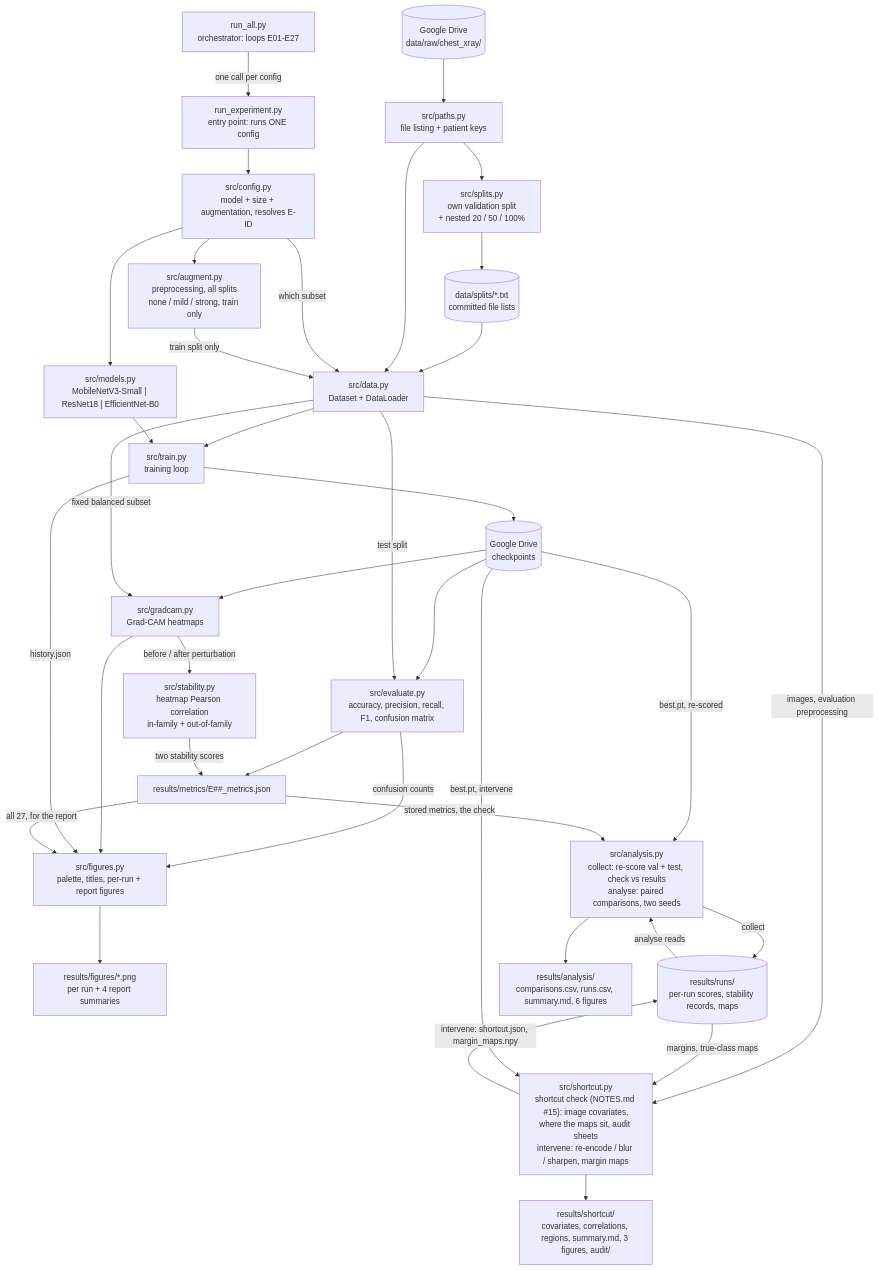
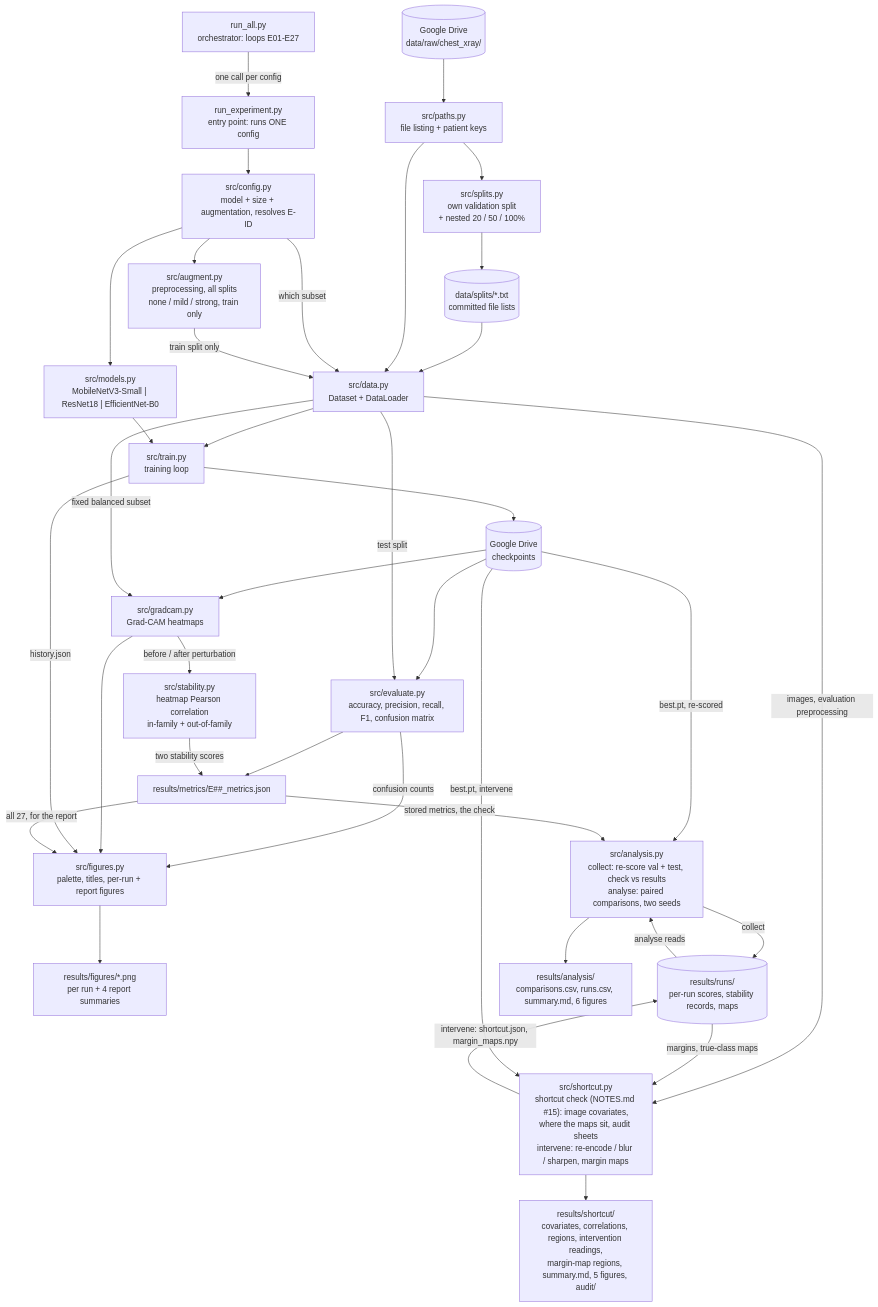
Before and after one commit to orbakish/limited-data-pneumonia-classification: the diagram in docs/architecture.md, drawn with Mermaid. The commit also changed other lines of this file and 14 other files, not shown here.

````diff
--- a/docs/architecture.md
+++ b/docs/architecture.md
@@ -14,75 +14,75 @@
 ```mermaid
 flowchart TD
     RA["run_all.py<br/>orchestrator: loops E01-E27"]
     RE["run_experiment.py<br/>entry point: runs ONE config"]
     CFG["src/config.py<br/>model + size + augmentation, resolves E-ID"]
 
     RA -->|"one call per config"| RE
     RE --> CFG
 
     RAW[("Google Drive<br/>data/raw/chest_xray/")]
     PTH["src/paths.py<br/>file listing + patient keys"]
     SPL["src/splits.py<br/>own validation split<br/>+ nested 20 / 50 / 100%"]
     LST[("data/splits/*.txt<br/>committed file lists")]
     DS["src/data.py<br/>Dataset + DataLoader"]
     AUG["src/augment.py<br/>preprocessing, all splits<br/>none / mild / strong, train only"]
 
     RAW --> PTH
     PTH --> SPL
     SPL --> LST
     LST --> DS
     PTH --> DS
     CFG -->|"which subset"| DS
     AUG -->|"train split only"| DS
     CFG --> AUG
 
     MOD["src/models.py<br/>MobileNetV3-Small | ResNet18 | EfficientNet-B0"]
     TR["src/train.py<br/>training loop"]
     CKPT[("Google Drive<br/>checkpoints")]
 
     CFG --> MOD
     DS --> TR
     MOD --> TR
     TR --> CKPT
 
     EV["src/evaluate.py<br/>accuracy, precision, recall, F1, confusion matrix"]
     GC["src/gradcam.py<br/>Grad-CAM heatmaps"]
     ST["src/stability.py<br/>heatmap Pearson correlation<br/>in-family + out-of-family"]
 
     CKPT --> EV
     CKPT --> GC
     DS -->|"test split"| EV
     DS -->|"fixed balanced subset"| GC
     GC -->|"before / after perturbation"| ST
 
     FG["src/figures.py<br/>palette, titles, per-run + report figures"]
     MET["results/metrics/E##_metrics.json"]
     FIG["results/figures/*.png<br/>per run + 4 report summaries"]
 
     EV --> MET
     ST -->|"two stability scores"| MET
     EV -->|"confusion counts"| FG
     GC --> FG
     TR -->|"history.json"| FG
     MET -->|"all 27, for the report"| FG
     FG --> FIG
 
     AN["src/analysis.py<br/>collect: re-score val + test, check vs results<br/>analyse: paired comparisons, two seeds"]
     RUNS[("results/runs/<br/>per-run scores, stability records, maps")]
     OUT["results/analysis/<br/>comparisons.csv, runs.csv, summary.md, 6 figures"]
 
     CKPT -->|"best.pt, re-scored"| AN
     MET -->|"stored metrics, the check"| AN
     AN -->|"collect"| RUNS
     RUNS -->|"analyse reads"| AN
     AN --> OUT
 
     SC["src/shortcut.py<br/>shortcut check (NOTES.md #15): image covariates,<br/>where the maps sit, audit sheets<br/>intervene: re-encode / blur / sharpen, margin maps"]
-    SCO["results/shortcut/<br/>covariates, correlations, regions, summary.md, 3 figures, audit/"]
+    SCO["results/shortcut/<br/>covariates, correlations, regions, intervention readings,<br/>margin-map regions, summary.md, 5 figures, audit/"]
 
     DS -->|"images, evaluation preprocessing"| SC
     RUNS -->|"margins, true-class maps"| SC
     CKPT -->|"best.pt, intervene"| SC
     SC -->|"intervene: shortcut.json, margin_maps.npy"| RUNS
     SC --> SCO
 ```
````
